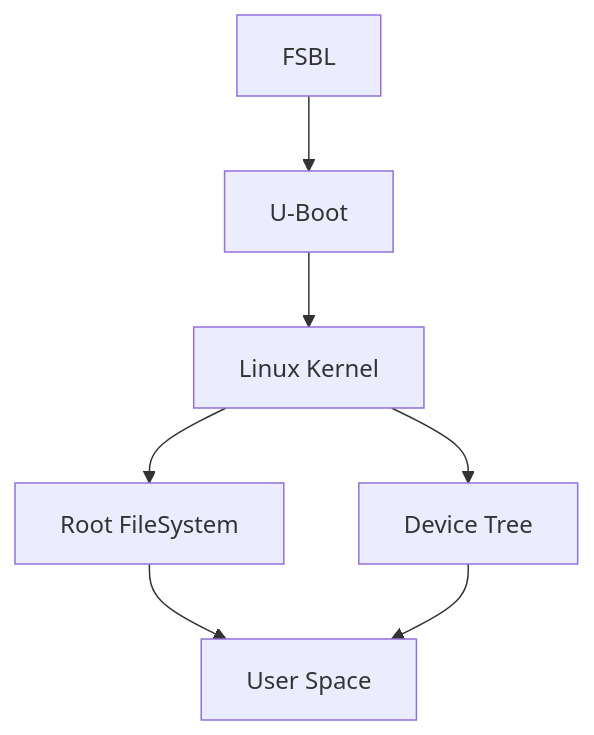
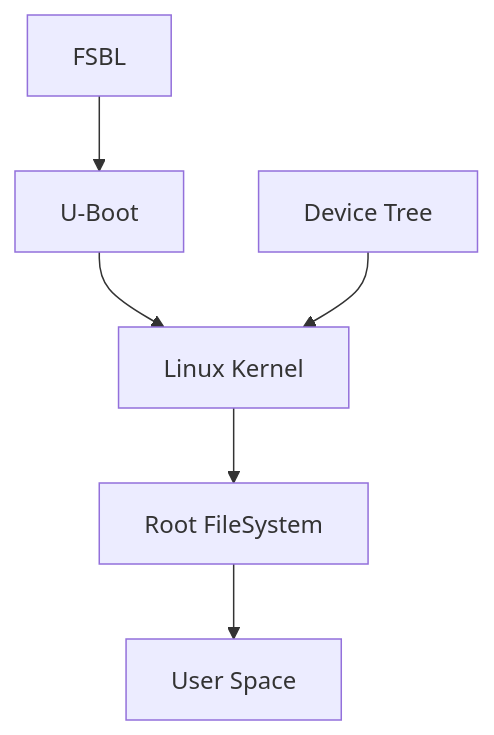
The diagram in docs/docs/boot_process.md (TER-Zybo/Documentations), drawn with Mermaid before and after one commit. The commit also changed 1 other file, not shown here.

Commit message:
Update boot process documentation to fix device tree reference issue

````diff
--- a/docs/docs/boot_process.md
+++ b/docs/docs/boot_process.md
@@ -7,9 +7,8 @@
 ```mermaid
 graph TD;
     A[FSBL] --> B[U-Boot]
     B --> C[Linux Kernel]
     C --> D[Root FileSystem]
-    C --> E[Device Tree]
+    E[Device Tree] --> C
     D --> F[User Space]
-    E --> F
 ```
````
